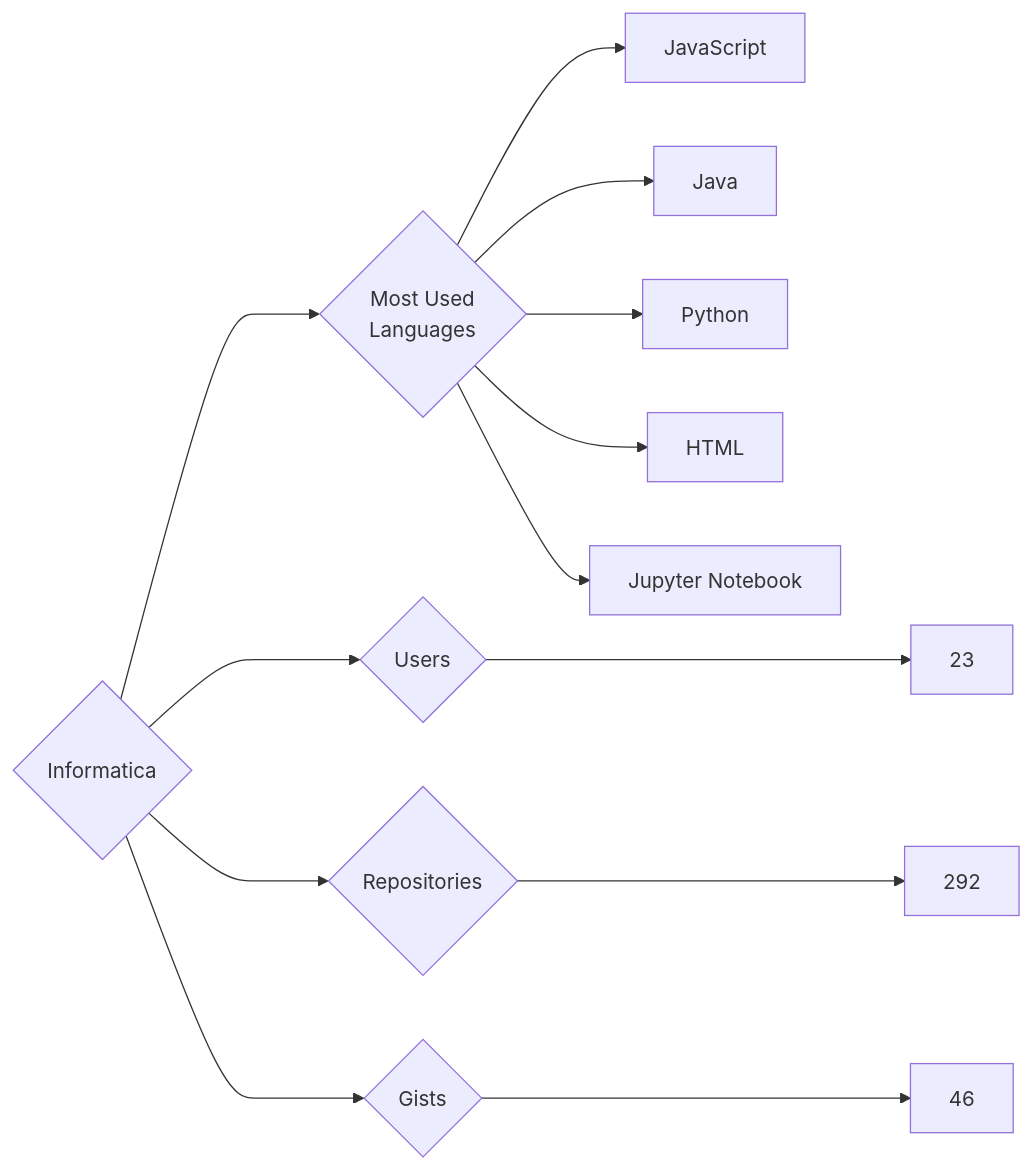
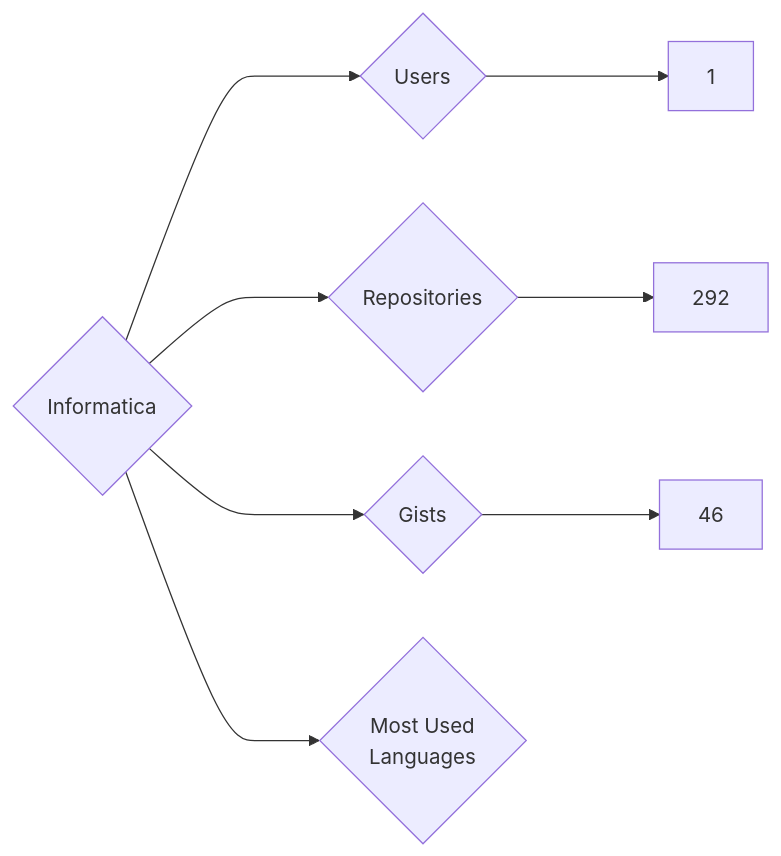
One commit to trickest/insiders changed the diagram in targets/Informatica/README.md. Above: the diagram before and after it, drawn with Mermaid. The commit also changed 681 other files, not shown here.

````diff
--- a/targets/Informatica/README.md
+++ b/targets/Informatica/README.md
@@ -3,13 +3,8 @@
 ```mermaid
 graph LR
 COMPANY_NAME{Informatica}
-COMPANY_NAME ---> U{Users} ---> UN[23]
+COMPANY_NAME ---> U{Users} ---> UN[1]
 COMPANY_NAME ---> R{Repositories} ---> RN[292]
 COMPANY_NAME ---> G{Gists} ---> GN[46]
 COMPANY_NAME ---> ML{Most Used<br>Languages}
-ML --> JavaScript[JavaScript]
-ML --> Java[Java]
-ML --> Python[Python]
-ML --> HTML[HTML]
-ML --> Jupyter_Notebook[Jupyter Notebook]
 ```
````
